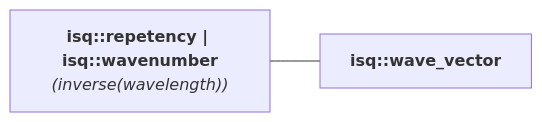
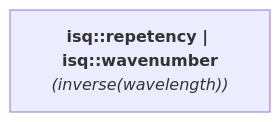
Before and after one commit to mpusz/mp-units: the diagram in docs/reference/systems_reference/hierarchies/repetency.md, drawn with Mermaid. The commit also changed 20 other files, not shown here.

````diff
--- a/docs/reference/systems_reference/hierarchies/repetency.md
+++ b/docs/reference/systems_reference/hierarchies/repetency.md
@@ -8,6 +8,4 @@
 ```mermaid
 flowchart LR
     isq_repetency["<b><a href="../../systems/isq/#repetency" style="color: var(--md-mermaid-label-fg-color); text-decoration: none;">isq::repetency</a> | <a href="../../systems/isq/#wavenumber" style="color: var(--md-mermaid-label-fg-color); text-decoration: none;">isq::wavenumber</a></b><br><i>(inverse(<a href="../../systems/isq/#wavelength" style="color: var(--md-mermaid-label-fg-color); text-decoration: none;">wavelength</a>))</i>"]
-    isq_wave_vector["<b><a href="../../systems/isq/#wave_vector" style="color: var(--md-mermaid-label-fg-color); text-decoration: none;">isq::wave_vector</a></b>"]
-    isq_repetency --- isq_wave_vector
 ```
````
